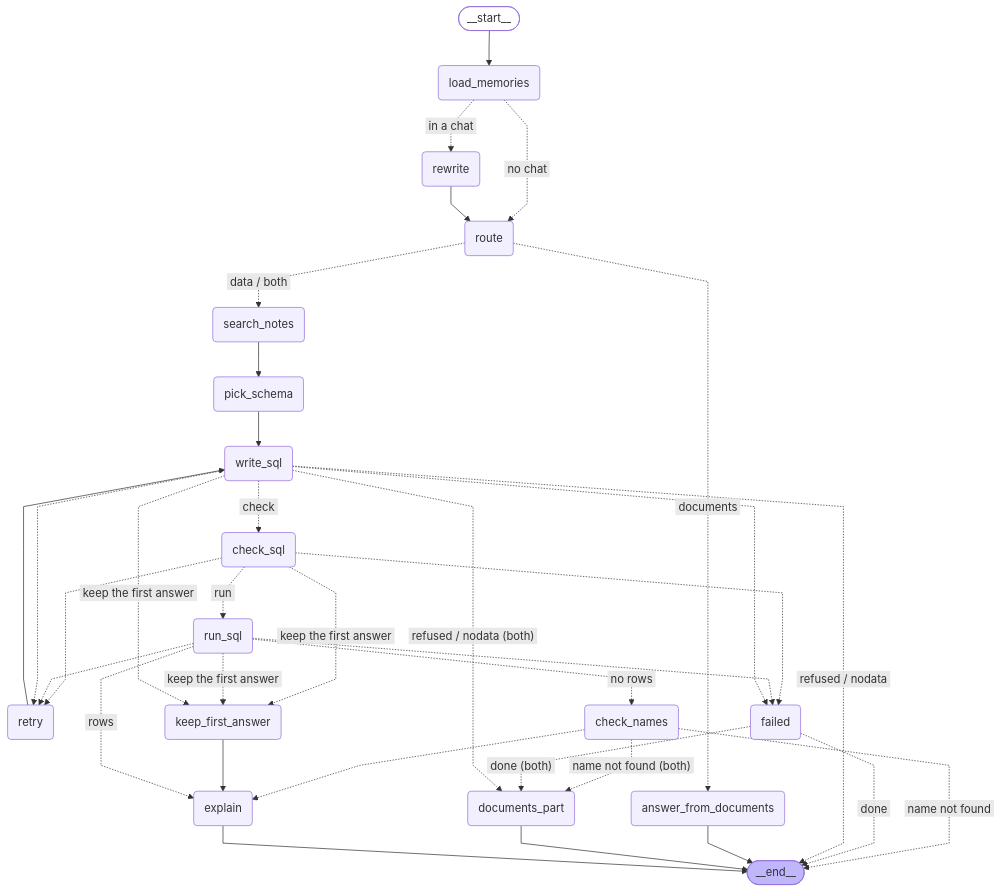
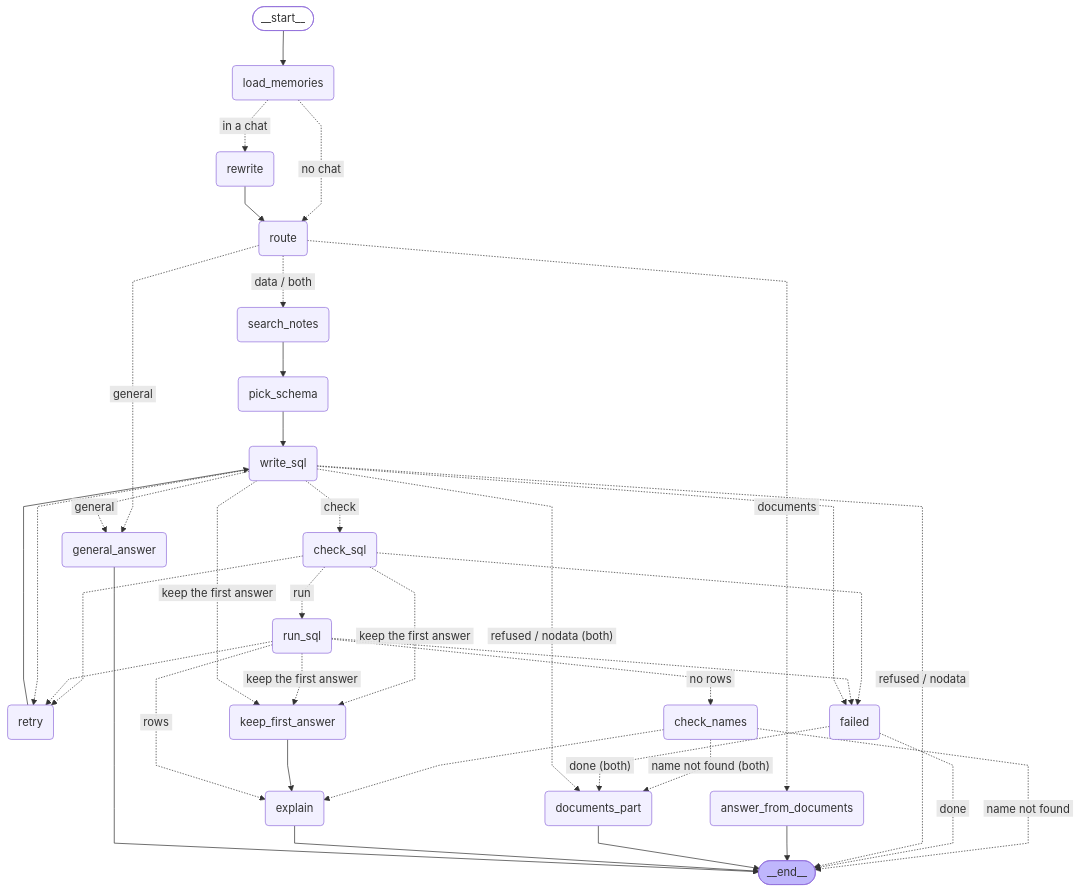
Before and after one commit to vishnu44-sketch/manufacturing-intelligence: the diagram in design/langgraph_flow.mmd, drawn with Mermaid. The commit also changed 94 other files, not shown here.

```diff
--- a/design/langgraph_flow.mmd
+++ b/design/langgraph_flow.mmd
@@ -1,59 +1,63 @@
 ---
 config:
   flowchart:
     curve: linear
 ---
 graph TD;
 	__start__([<p>__start__</p>]):::first
 	load_memories(load_memories)
 	rewrite(rewrite)
 	route(route)
 	answer_from_documents(answer_from_documents)
 	search_notes(search_notes)
 	pick_schema(pick_schema)
 	write_sql(write_sql)
 	check_sql(check_sql)
 	run_sql(run_sql)
 	retry(retry)
 	failed(failed)
 	keep_first_answer(keep_first_answer)
 	check_names(check_names)
 	explain(explain)
 	documents_part(documents_part)
+	general_answer(general_answer)
 	__end__([<p>__end__</p>]):::last
 	__start__ --> load_memories;
 	check_names -. &nbsp;name not found&nbsp; .-> __end__;
 	check_names -. &nbsp;name not found (both)&nbsp; .-> documents_part;
 	check_names -.-> explain;
 	check_sql -.-> failed;
 	check_sql -. &nbsp;keep the first answer&nbsp; .-> keep_first_answer;
 	check_sql -.-> retry;
 	check_sql -. &nbsp;run&nbsp; .-> run_sql;
 	failed -. &nbsp;done&nbsp; .-> __end__;
 	failed -. &nbsp;done (both)&nbsp; .-> documents_part;
 	keep_first_answer --> explain;
 	load_memories -. &nbsp;in a chat&nbsp; .-> rewrite;
 	load_memories -. &nbsp;no chat&nbsp; .-> route;
 	pick_schema --> write_sql;
 	retry --> write_sql;
 	rewrite --> route;
 	route -. &nbsp;documents&nbsp; .-> answer_from_documents;
+	route -. &nbsp;general&nbsp; .-> general_answer;
 	route -. &nbsp;data / both&nbsp; .-> search_notes;
 	run_sql -. &nbsp;no rows&nbsp; .-> check_names;
 	run_sql -. &nbsp;rows&nbsp; .-> explain;
 	run_sql -.-> failed;
 	run_sql -. &nbsp;keep the first answer&nbsp; .-> keep_first_answer;
 	run_sql -.-> retry;
 	search_notes --> pick_schema;
 	write_sql -. &nbsp;refused / nodata&nbsp; .-> __end__;
 	write_sql -. &nbsp;check&nbsp; .-> check_sql;
 	write_sql -. &nbsp;refused / nodata (both)&nbsp; .-> documents_part;
 	write_sql -.-> failed;
+	write_sql -. &nbsp;general&nbsp; .-> general_answer;
 	write_sql -. &nbsp;keep the first answer&nbsp; .-> keep_first_answer;
 	write_sql -.-> retry;
 	answer_from_documents --> __end__;
 	documents_part --> __end__;
 	explain --> __end__;
+	general_answer --> __end__;
 	classDef default fill:#f2f0ff,line-height:1.2
 	classDef first fill-opacity:0
 	classDef last fill:#bfb6fc
```
